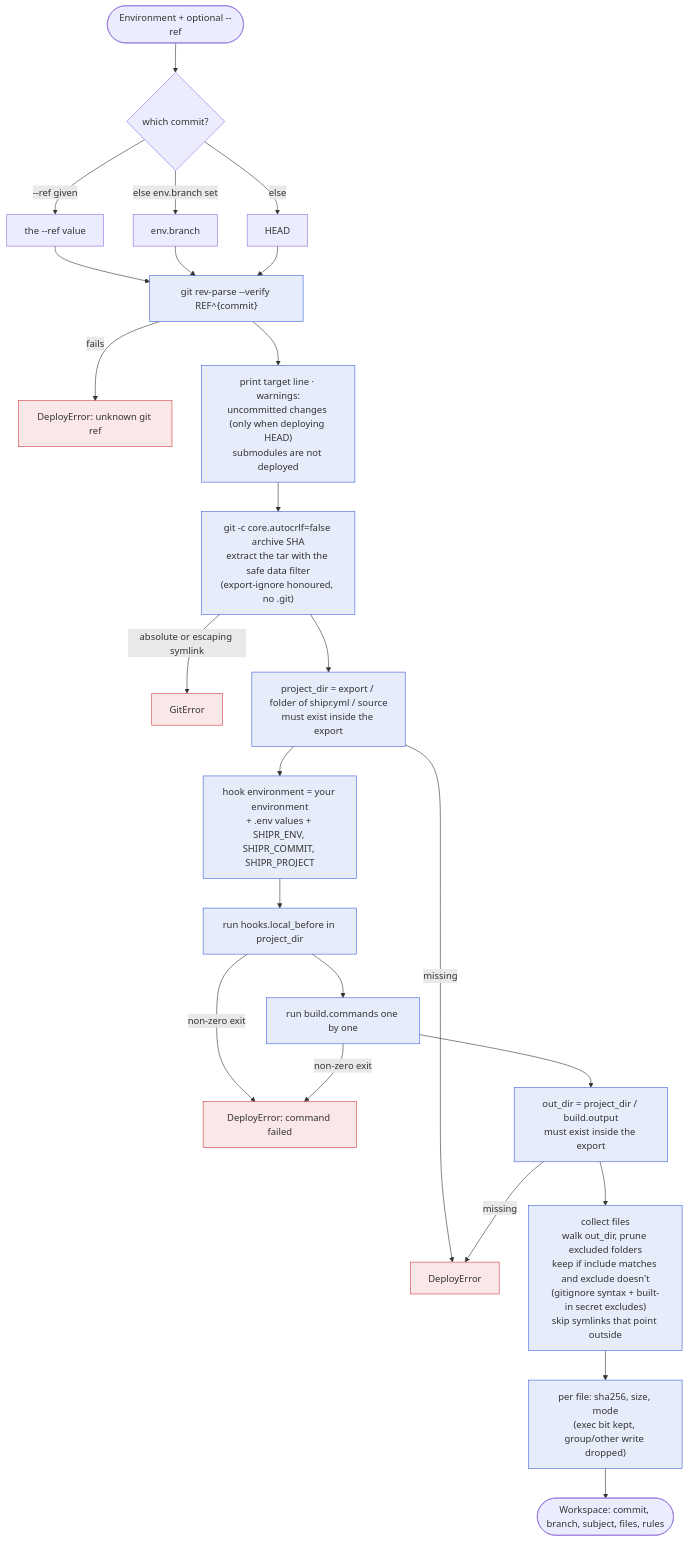
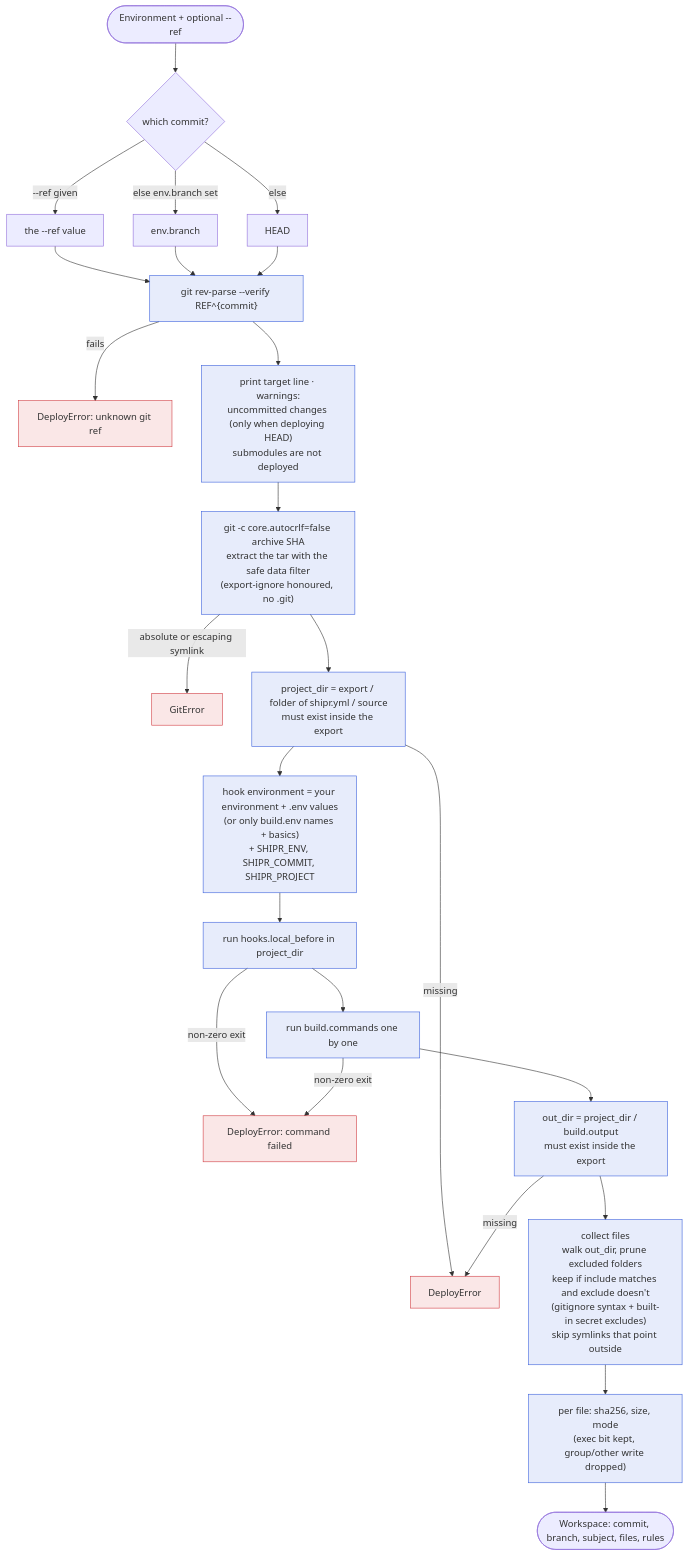
One commit to aayushdhimaann/shipr changed the fourth of 14 diagrams in docs/FLOW.md. Above: the diagram before and after it, drawn with Mermaid. The commit also changed other lines of this file and 19 other files, not shown here.

````diff
--- a/docs/FLOW.md
+++ b/docs/FLOW.md
@@ -152,30 +152,30 @@
 ```mermaid
 flowchart TD
   a(["Environment + optional --ref"]) --> r{"which commit?"}
   r -- "--ref given" --> rr["the --ref value"]
   r -- "else env.branch set" --> rb["env.branch"]
   r -- else --> rh["HEAD"]
   rr --> rp["git rev-parse --verify REF^{commit}"]
   rb --> rp
   rh --> rp
   rp -- fails --> e1["DeployError: unknown git ref"]
   rp --> w["print target line · warnings:<br/>uncommitted changes (only when deploying HEAD)<br/>submodules are not deployed"]
   w --> x["git -c core.autocrlf=false archive SHA<br/>extract the tar with the safe data filter<br/>(export-ignore honoured, no .git)"]
   x -- "absolute or escaping symlink" --> e2["GitError"]
   x --> pd["project_dir = export / folder of shipr.yml / source<br/>must exist inside the export"]
   pd -- missing --> e3["DeployError"]
-  pd --> he["hook environment = your environment<br/>+ .env values + SHIPR_ENV, SHIPR_COMMIT, SHIPR_PROJECT"]
+  pd --> he["hook environment = your environment + .env values<br/>(or only build.env names + basics)<br/>+ SHIPR_ENV, SHIPR_COMMIT, SHIPR_PROJECT"]
   he --> lb["run hooks.local_before in project_dir"]
   lb --> bc["run build.commands one by one"]
   lb -- "non-zero exit" --> e4["DeployError: command failed"]
   bc -- "non-zero exit" --> e4
   bc --> od["out_dir = project_dir / build.output<br/>must exist inside the export"]
   od -- missing --> e3
   od --> c["collect files<br/>walk out_dir, prune excluded folders<br/>keep if include matches and exclude doesn't<br/>(gitignore syntax + built-in secret excludes)<br/>skip symlinks that point outside"]
   c --> h["per file: sha256, size, mode<br/>(exec bit kept, group/other write dropped)"]
   h --> done(["Workspace: commit, branch, subject, files, rules"])
   classDef err fill:#d23f4520,stroke:#d23f45
   classDef local fill:#3e63dd1f,stroke:#3e63dd
   class e1,e2,e3,e4 err
   class rp,w,x,pd,he,lb,bc,od,c,h local
 ```
````
